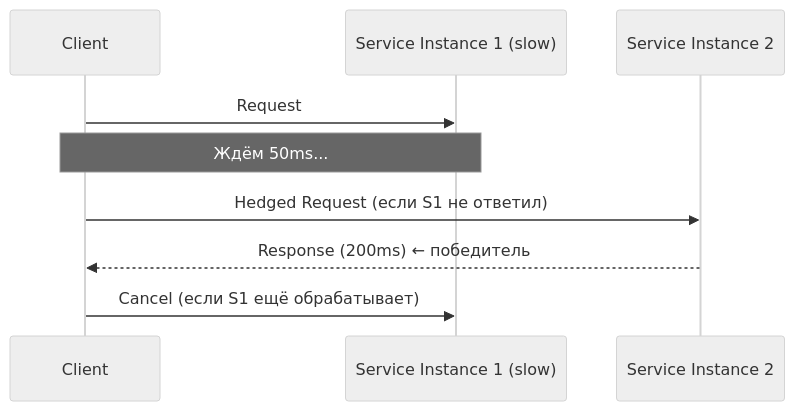
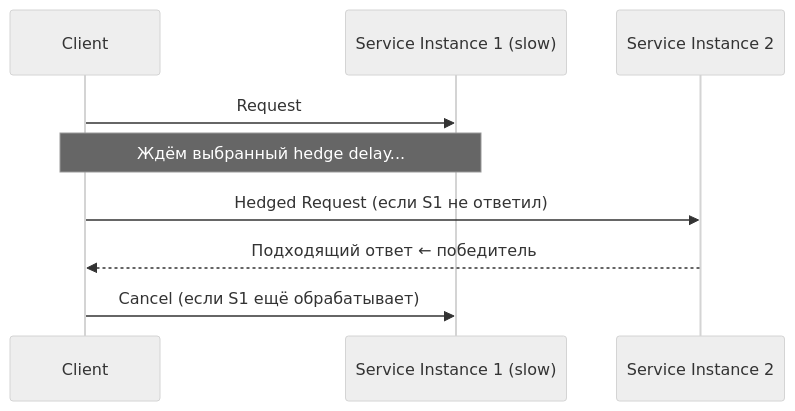
The eighth of 8 diagrams in cheatsheets/interview/architecture/resilience-patterns-interview.md (akeverus/cheat-sheet), drawn with Mermaid (neutral theme) before and after one commit. The commit also changed other lines of this file and 3 other files, not shown here.

````diff
--- a/cheatsheets/interview/architecture/resilience-patterns-interview.md
+++ b/cheatsheets/interview/architecture/resilience-patterns-interview.md
@@ -1613,12 +1555,12 @@
 ```mermaid
 sequenceDiagram
     participant Client
     participant S1 as Service Instance 1 (slow)
     participant S2 as Service Instance 2
 
     Client->>S1: Request
-    Note over Client,S1: Ждём 50ms...
+    Note over Client,S1: Ждём выбранный hedge delay...
     Client->>S2: Hedged Request (если S1 не ответил)
-    S2-->>Client: Response (200ms) ← победитель
+    S2-->>Client: Подходящий ответ ← победитель
     Client->>S1: Cancel (если S1 ещё обрабатывает)
 ```
````
